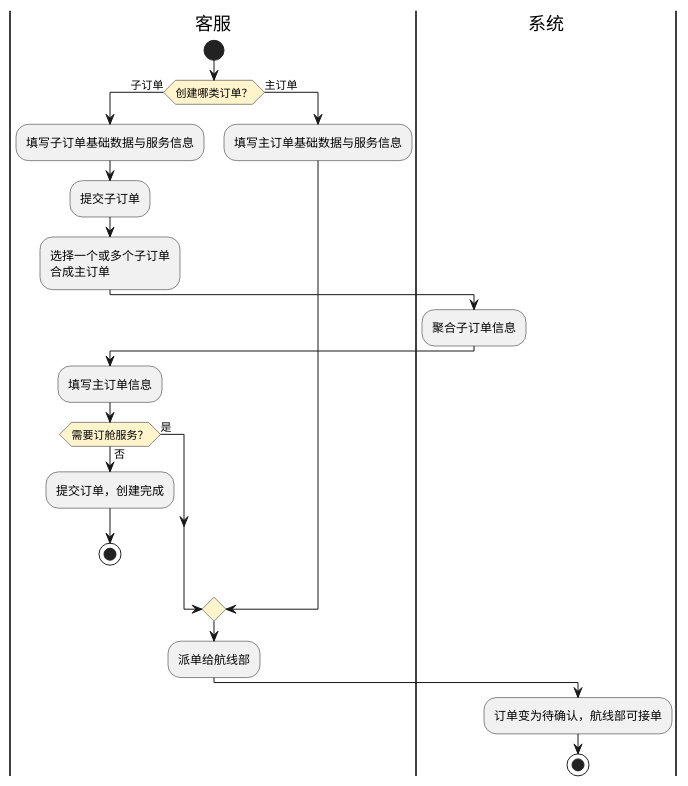
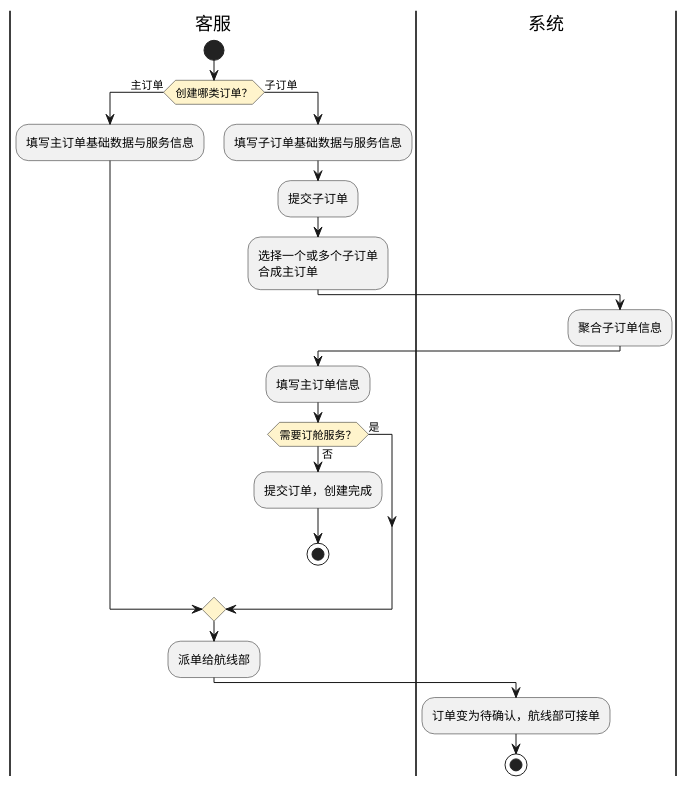
Before and after one commit to jack888332/projects-doc: the first of 4 diagrams in product-caliber/goldjet/segmented-prd/PRD.高捷物流系统一期.第009篇.空运-订单创建.5029269CA8.md, drawn with PlantUML. The commit also changed other lines of this file and 4 other files, not shown here.

Commit message:
减少泳道活动图连线的可避免交叉

````diff
--- a/product-caliber/goldjet/segmented-prd/PRD.高捷物流系统一期.第009篇.空运-订单创建.5029269CA8.md
+++ b/product-caliber/goldjet/segmented-prd/PRD.高捷物流系统一期.第009篇.空运-订单创建.5029269CA8.md
@@ -74,29 +74,30 @@
 ```plantuml
 @startuml goldjet-009-order-booking-handoff
 skinparam activityDiamondBackgroundColor #FFF4CC
 |客服|
 start
-if (创建哪类订单？) then (子订单)
+if (创建哪类订单？) then (主订单)
+  |客服|
+  :填写主订单基础数据与服务信息;
+else (子订单)
+  |客服|
   :填写子订单基础数据与服务信息;
   :提交子订单;
   :选择一个或多个子订单\n合成主订单;
   |系统|
   :聚合子订单信息;
   |客服|
   :填写主订单信息;
   if (需要订舱服务？) then (否)
     :提交订单，创建完成;
     stop
   else (是)
   endif
-else (主订单)
-  |客服|
-  :填写主订单基础数据与服务信息;
 endif
 |客服|
 :派单给航线部;
 |系统|
 :订单变为待确认，航线部可接单;
 stop
 @enduml
 ```
````
